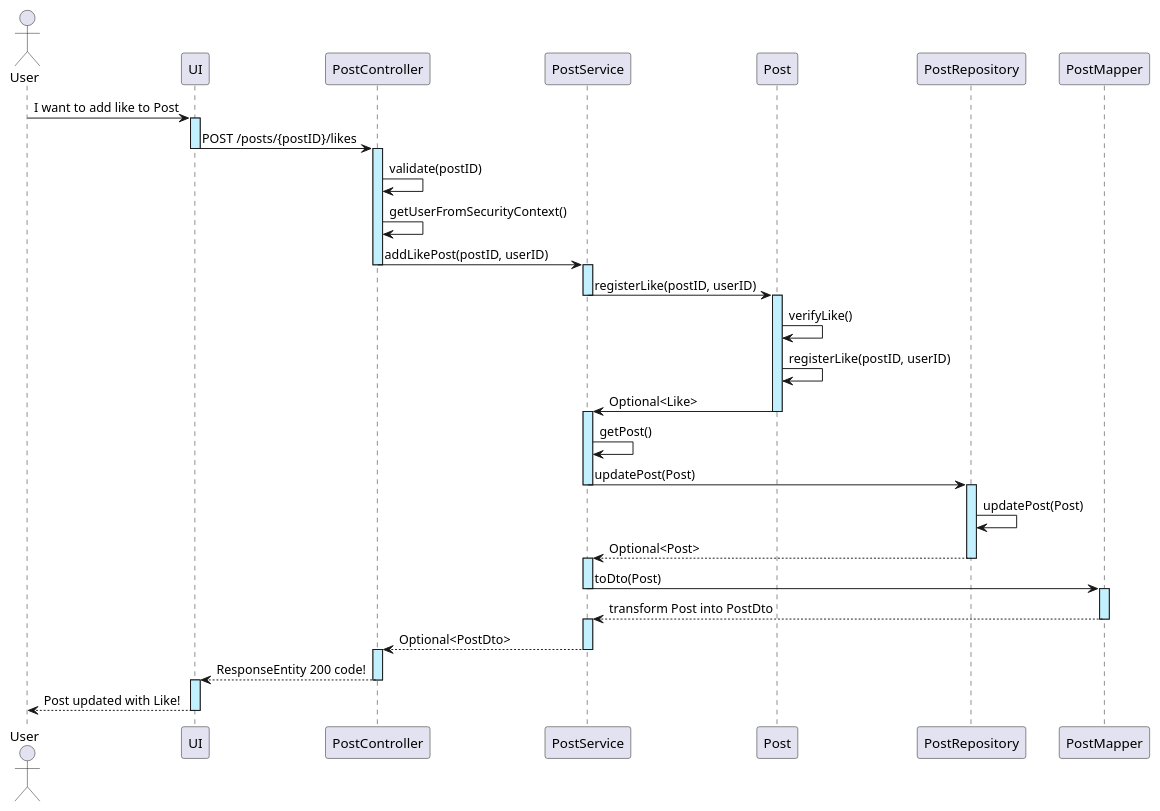
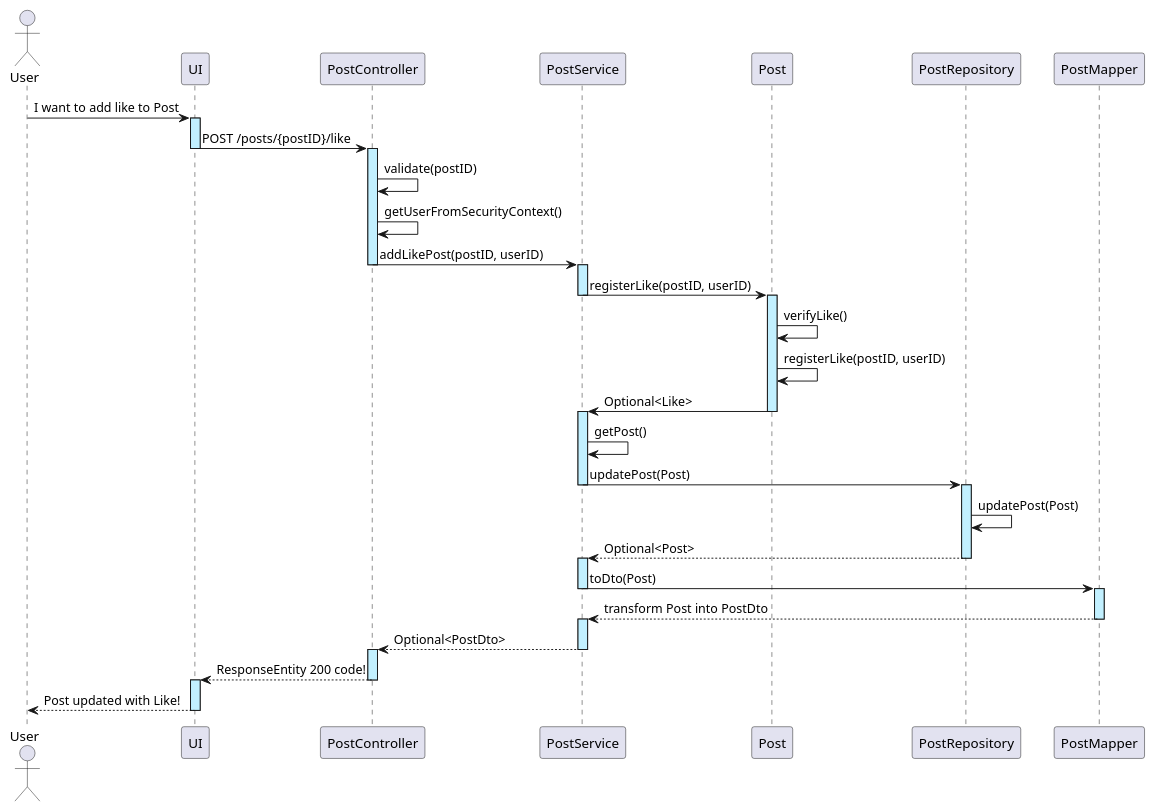
One commit to implaymo/Social-Media-Platform changed the diagram in Diagrams/US02/SD/US_02_addLike_SD.puml. Above: the diagram before and after it, drawn with PlantUML. The commit also changed 1 other file, not shown here.

Commit message:
Improve addLike and addComment sequence diagram.

```diff
--- a/Diagrams/US02/SD/US_02_addLike_SD.puml
+++ b/Diagrams/US02/SD/US_02_addLike_SD.puml
@@ -1,26 +1,26 @@
 @startuml
 
 
 actor User
 
 User -> UI ++ #application: I want to add like to Post
-UI -> PostController --++ #application :  POST /posts/{postID}/likes
+UI -> PostController --++ #application :  POST /posts/{postID}/like
 PostController -> PostController #application: validate(postID)
 PostController -> PostController #application: getUserFromSecurityContext()
 PostController -> PostService --++ #application: addLikePost(postID, userID)
 PostService -> Post --++ #application: registerLike(postID, userID)
 Post -> Post: verifyLike()
 Post -> Post #application: registerLike(postID, userID)
 Post -> PostService --++ #application: Optional<Like>
 PostService -> PostService: getPost()
 PostService -> PostRepository --++ #application: updatePost(Post)
 PostRepository -> PostRepository #application: updatePost(Post)
 PostRepository --> PostService --++ #application: Optional<Post>
 PostService -> PostMapper --++ #application: toDto(Post)
 PostMapper --> PostService --++ #application: transform Post into PostDto
 PostService --> PostController --++ #application: Optional<PostDto>
 PostController --> UI --++ #application: ResponseEntity 200 code!
 UI --> User -- #application: Post updated with Like!
 
 
 @enduml
```
